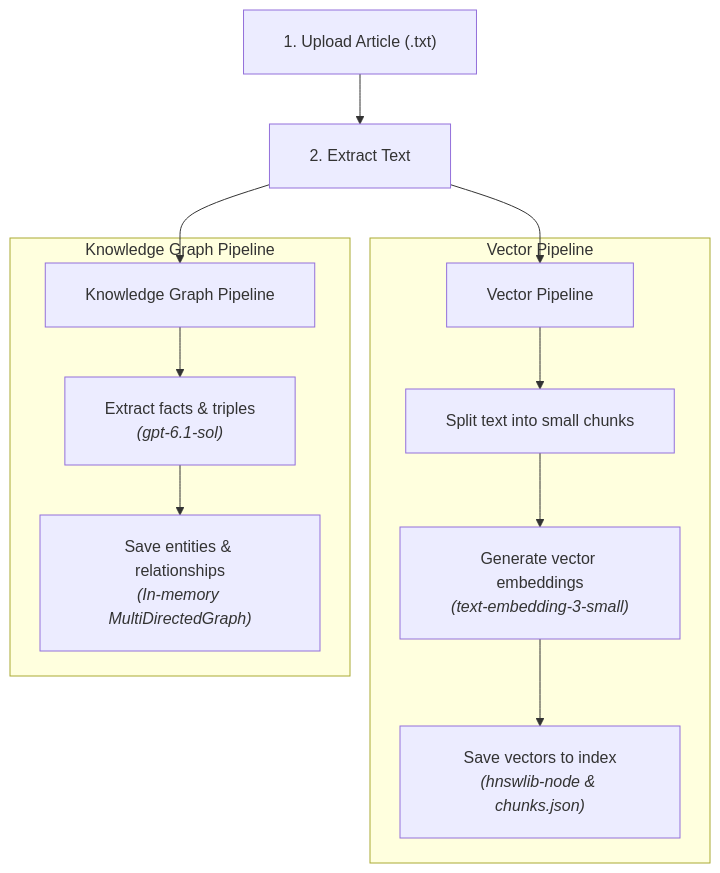
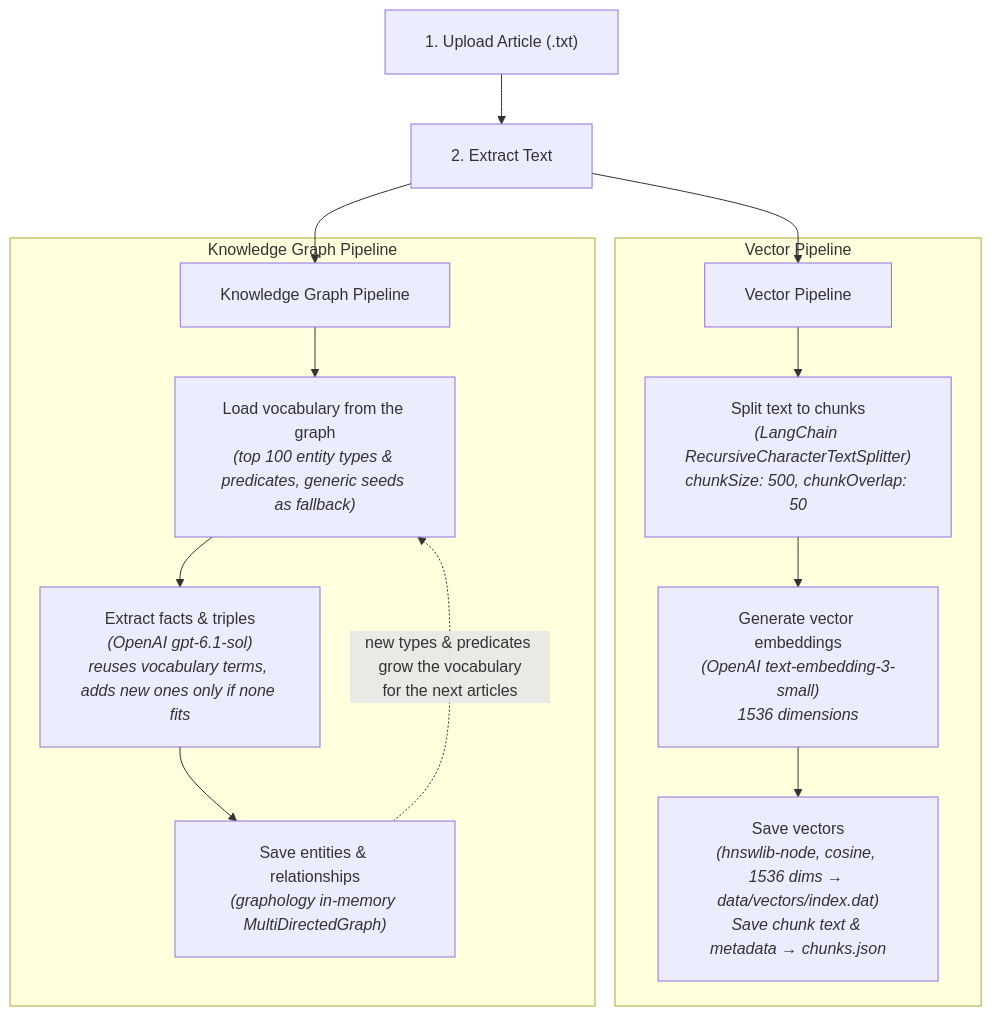
Before and after one commit to NickRumenov1/next-insights-rag: the first of 2 diagrams in README.md, drawn with Mermaid. The commit also changed other lines of this file and 6 other files, not shown here.

````diff
--- a/README.md
+++ b/README.md
@@ -47,19 +47,21 @@
 ```mermaid
 %%{init: {"themeVariables": {"fontSize": "16"}, "flowchart": {"padding": 20, "nodeSpacing": 40, "rankSpacing": 50}}}%%
 flowchart TD
     Upload["1. Upload Article (.txt)"] --> Extract["2. Extract Text"]
     
     Extract --> VectorPipeline["Vector Pipeline"]
     Extract --> GraphPipeline["Knowledge Graph Pipeline"]
 
     subgraph Vector Pipeline
-        VectorPipeline --> Split["Split text into small chunks"]
-        Split --> Embed["Generate vector embeddings<br/><i>(text-embedding-3-small)</i>"]
-        Embed --> SaveVector["Save vectors to index<br/><i>(hnswlib-node & chunks.json)</i>"]
+        VectorPipeline --> Split["Split text to chunks<br/><i>(LangChain RecursiveCharacterTextSplitter)</i><br/><i>chunkSize: 500, chunkOverlap: 50</i>"]
+        Split --> Embed["Generate vector embeddings<br/><i>(OpenAI text-embedding-3-small)</i><br/><i>1536 dimensions</i>"]
+        Embed --> SaveVector["Save vectors<br/><i>(hnswlib-node, cosine, 1536 dims → data/vectors/index.dat)</i><br/><i>Save chunk text & metadata → chunks.json</i>"]
     end
 
     subgraph Knowledge Graph Pipeline
-        GraphPipeline --> Facts["Extract facts & triples<br/><i>(gpt-6.1-sol)</i>"]
-        Facts --> SaveGraph["Save entities & relationships<br/><i>(In-memory MultiDirectedGraph)</i>"]
+        GraphPipeline --> Vocab["Load vocabulary from the graph<br/><i>(top 100 entity types & predicates, generic seeds as fallback)</i>"]
+        Vocab --> Facts["Extract facts & triples<br/><i>(OpenAI gpt-6.1-sol)</i><br/><i>reuses vocabulary terms, adds new ones only if none fits</i>"]
+        Facts --> SaveGraph["Save entities & relationships<br/><i>(graphology in-memory MultiDirectedGraph)</i>"]
+        SaveGraph -. "new types & predicates grow the vocabulary<br/>for the next articles" .-> Vocab
     end
 ```
````
